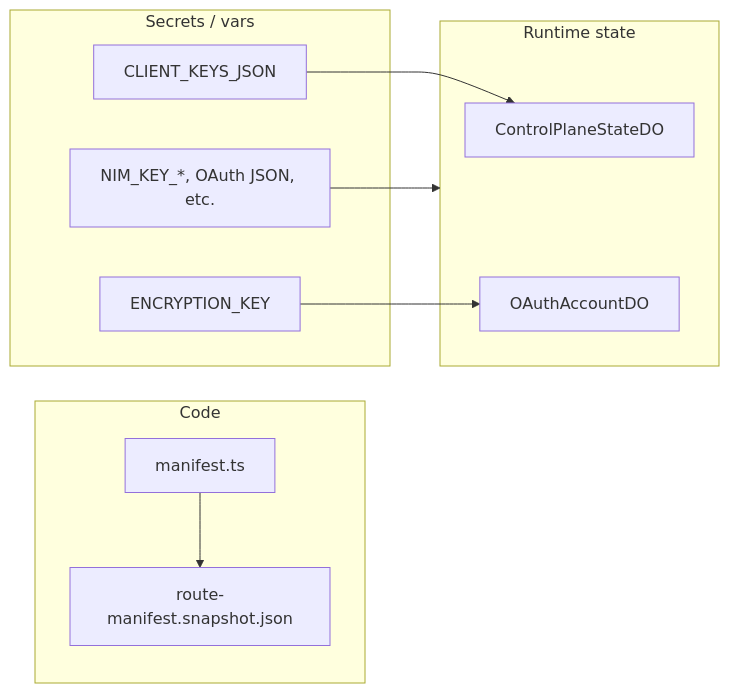
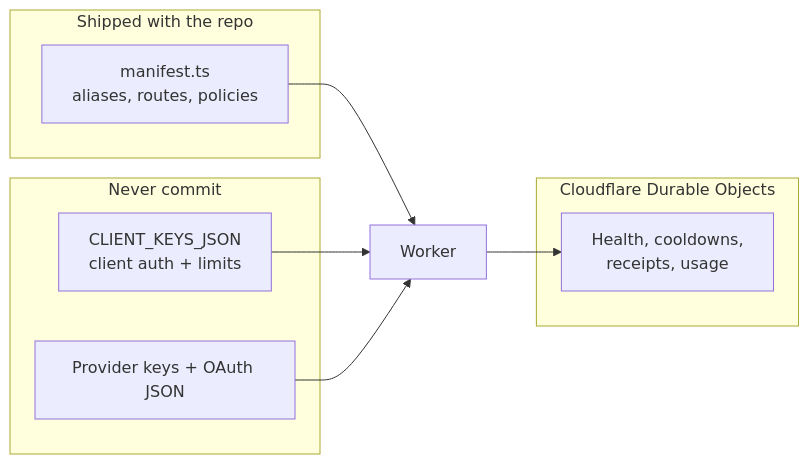
The fourth of 4 diagrams in README.md (jroth1111/switchboard), drawn with Mermaid before and after one commit. The commit also changed other lines of this file and 11 other files, not shown here.

````diff
--- a/README.md
+++ b/README.md
@@ -149,20 +374,17 @@
 ```mermaid
 flowchart LR
-  subgraph code [Code]
-    Manifest["manifest.ts"]
-    Snapshot["route-manifest.snapshot.json"]
+  subgraph code [Shipped with the repo]
+    M["manifest.ts\naliases, routes, policies"]
   end
-  subgraph secrets [Secrets / vars]
-    Clients["CLIENT_KEYS_JSON"]
-    Keys["NIM_KEY_*, OAuth JSON, etc."]
-    Crypto["ENCRYPTION_KEY"]
+  subgraph secrets [Never commit]
+    C["CLIENT_KEYS_JSON\nclient auth + limits"]
+    K["Provider keys + OAuth JSON"]
   end
-  subgraph runtime [Runtime state]
-    DOState["ControlPlaneStateDO"]
-    OAuthDO["OAuthAccountDO"]
+  subgraph runtime [Cloudflare Durable Objects]
+    S["Health, cooldowns,\nreceipts, usage"]
   end
-  Manifest --> Snapshot
-  Clients --> DOState
-  Keys --> runtime
-  Crypto --> OAuthDO
+  M --> Worker["Worker"]
+  C --> Worker
+  K --> Worker
+  Worker --> S
 ```
````
